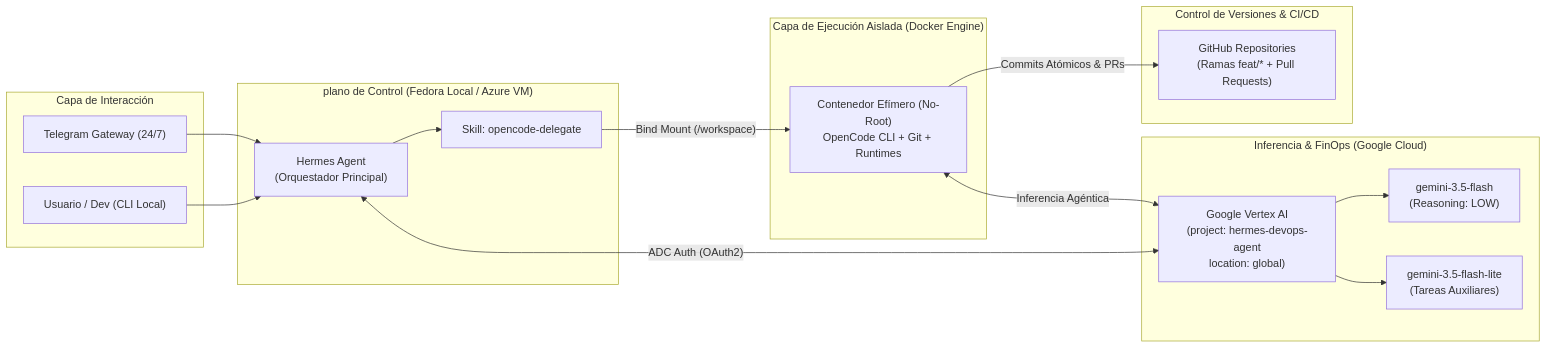
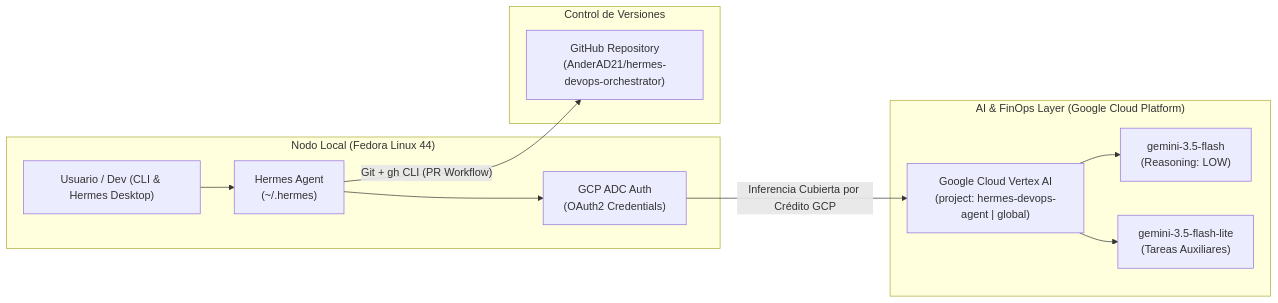
One commit to AnderAD21/hermes-devops-orchestrator changed the first of 2 diagrams in README.md. Above: the diagram before and after it, drawn with Mermaid. The commit also changed other lines of this file, not shown here.

Commit message:
docs(readme): add As-Is/To-Be Azure architecture diagrams and FinOps strategy

````diff
--- a/README.md
+++ b/README.md
@@ -17,36 +20,25 @@
 ```mermaid
 flowchart LR
-    subgraph Client["Capa de Interacción"]
-        USR["Usuario / Dev (CLI Local)"]
-        TG["Telegram Gateway (24/7)"]
+    subgraph LocalHost["Nodo Local (Fedora Linux 44)"]
+        DEV["Usuario / Dev (CLI & Hermes Desktop)"]
+        HERMES_LOCAL["Hermes Agent\n(~/.hermes)"]
+        ADC["GCP ADC Auth\n(OAuth2 Credentials)"]
+        DEV --> HERMES_LOCAL
+        HERMES_LOCAL --> ADC
     end
 
-    subgraph Orchestrator["plano de Control (Fedora Local / Azure VM)"]
-        HERMES["Hermes Agent\n(Orquestador Principal)"]
-        SKILL["Skill: opencode-delegate"]
-        HERMES --> SKILL
-    end
-
-    subgraph CloudAI[" Inferencia & FinOps (Google Cloud)"]
-        VERTEX["Google Vertex AI\n(project: hermes-devops-agent\nlocation: global)"]
+    subgraph GCP["AI & FinOps Layer (Google Cloud Platform)"]
+        VERTEX["Google Cloud Vertex AI\n(project: hermes-devops-agent | global)"]
         FLASH["gemini-3.5-flash\n(Reasoning: LOW)"]
         LITE["gemini-3.5-flash-lite\n(Tareas Auxiliares)"]
         VERTEX --> FLASH
         VERTEX --> LITE
     end
 
-    subgraph Sandbox["Capa de Ejecución Aislada (Docker Engine)"]
-        CONTAINER["Contenedor Efímero (No-Root)\nOpenCode CLI + Git + Runtimes"]
+    subgraph GitHub["Control de Versiones"]
+        REPO["GitHub Repository\n(AnderAD21/hermes-devops-orchestrator)"]
     end
 
-    subgraph VCS["Control de Versiones & CI/CD"]
-        GH["GitHub Repositories\n(Ramas feat/* + Pull Requests)"]
-    end
-
-    USR --> HERMES
-    TG --> HERMES
-    HERMES <-->|"ADC Auth (OAuth2)"| VERTEX
-    SKILL -->|"Bind Mount (/workspace)"| CONTAINER
-    CONTAINER <-->|"Inferencia Agéntica"| VERTEX
-    CONTAINER -->|"Commits Atómicos & PRs"| GH
+    ADC -->|"Inferencia Cubierta por Crédito GCP"| VERTEX
+    HERMES_LOCAL -->|"Git + gh CLI (PR Workflow)"| REPO
 ```
````
